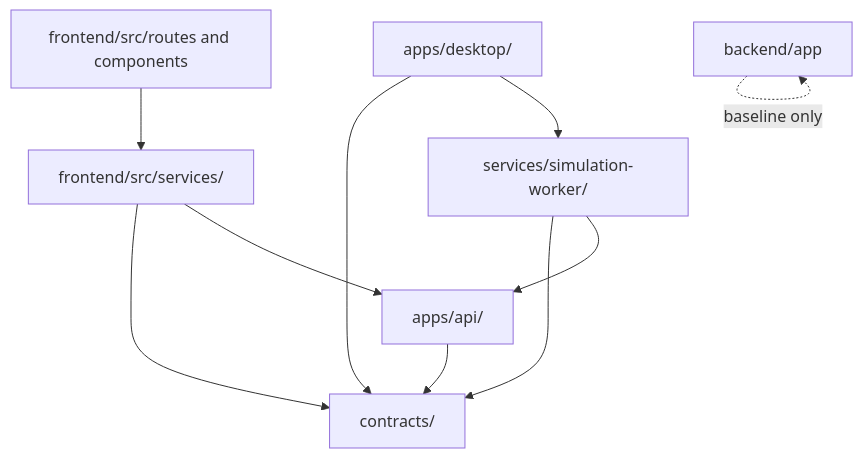
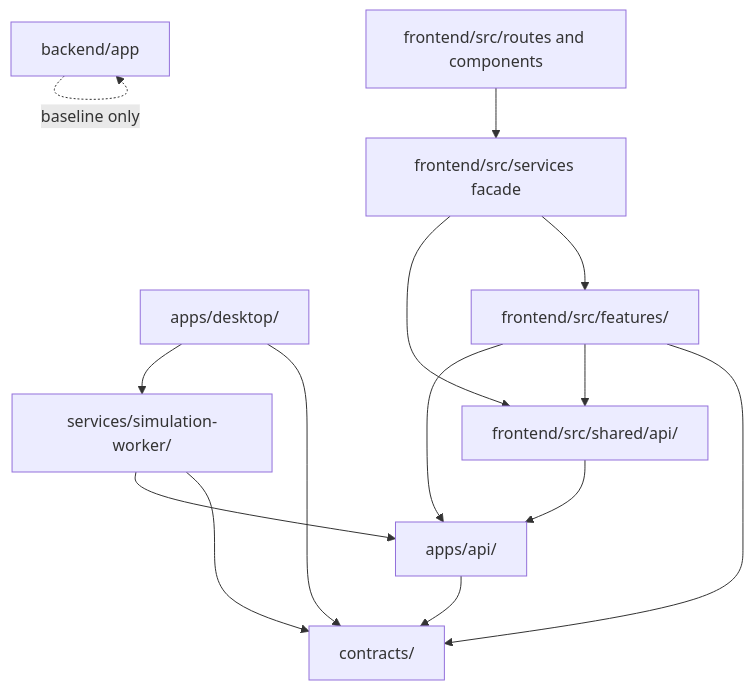
Before and after one commit to endearqb/AutoWaterSimu: the diagram in docs/architecture/dependency-graph.md, drawn with Mermaid. The commit also changed other lines of this file and 28 other files, not shown here.

Commit message:
Move frontend compute wrappers into features

````diff
--- a/docs/architecture/dependency-graph.md
+++ b/docs/architecture/dependency-graph.md
@@ -7,20 +7,26 @@
 ```mermaid
 flowchart TD
   Contracts["contracts/"]
   API["apps/api/"]
   Worker["services/simulation-worker/"]
-  WebServices["frontend/src/services/"]
+  WebShared["frontend/src/shared/api/"]
+  WebFeatures["frontend/src/features/"]
+  WebServices["frontend/src/services facade"]
   WebRoutes["frontend/src/routes and components"]
   Desktop["apps/desktop/"]
   LegacyBackend["backend/app"]
 
   API --> Contracts
   Worker --> Contracts
   Worker --> API
-  WebServices --> Contracts
-  WebServices --> API
+  WebShared --> API
+  WebFeatures --> Contracts
+  WebFeatures --> WebShared
+  WebFeatures --> API
+  WebServices --> WebFeatures
+  WebServices --> WebShared
   WebRoutes --> WebServices
   Desktop --> Contracts
   Desktop --> Worker
   LegacyBackend -.baseline only.-> LegacyBackend
 ```
````
